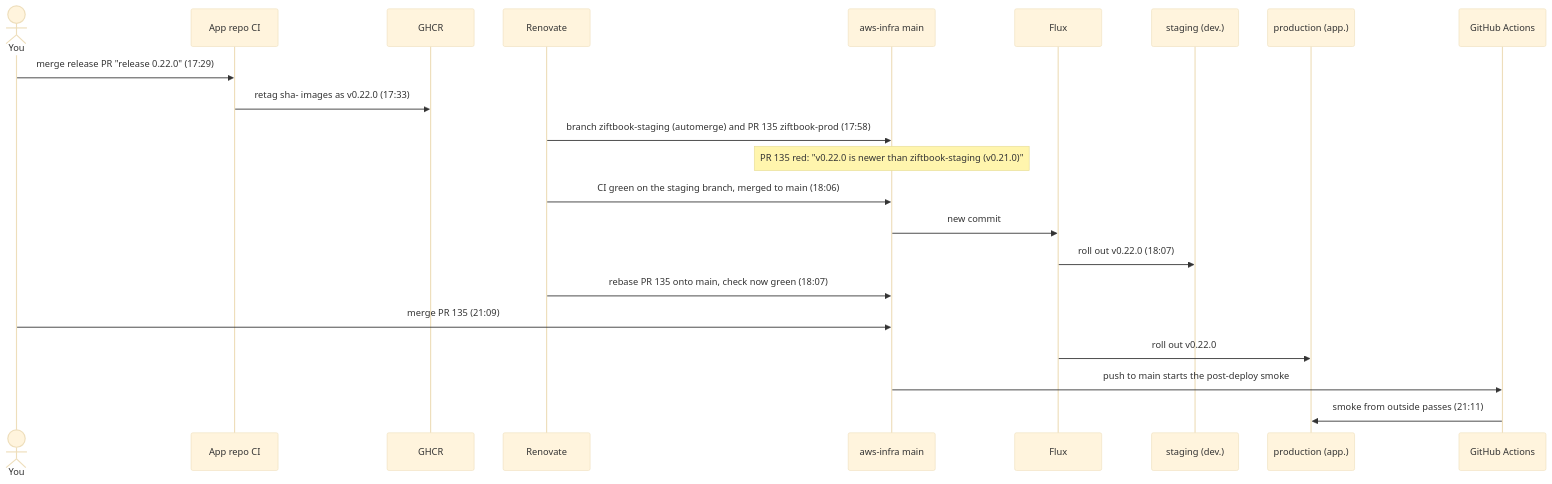
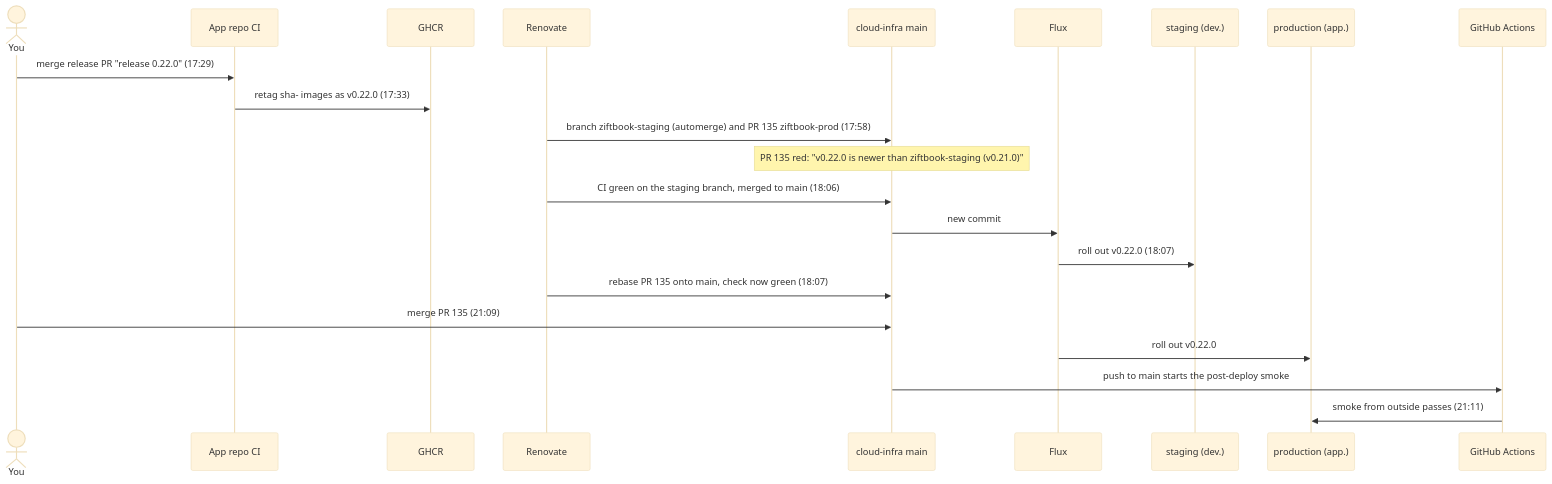
One commit to fjcloudaiconsulting/aws-infra changed the second of 2 diagrams in docs/release-flow.md. Above: the diagram before and after it, drawn with Mermaid (base theme). The commit also changed other lines of this file and 13 other files, not shown here.

First line of the commit message:
chore: point aws-infra references at cloud-infra (INFRA-168) (#171)

````diff
--- a/docs/release-flow.md
+++ b/docs/release-flow.md
@@ -65,25 +65,25 @@
 ```mermaid
 sequenceDiagram
     actor You
     participant App as App repo CI
     participant GHCR
     participant Ren as Renovate
-    participant Infra as aws-infra main
+    participant Infra as cloud-infra main
     participant Flux
     participant Stg as staging (dev.)
     participant Prod as production (app.)
     participant GHA as GitHub Actions
 
     You->>App: merge release PR "release 0.22.0" (17:29)
     App->>GHCR: retag sha- images as v0.22.0 (17:33)
     Ren->>Infra: branch ziftbook-staging (automerge) and PR 135 ziftbook-prod (17:58)
     Note over Infra: PR 135 red: "v0.22.0 is newer than ziftbook-staging (v0.21.0)"
     Ren->>Infra: CI green on the staging branch, merged to main (18:06)
     Infra->>Flux: new commit
     Flux->>Stg: roll out v0.22.0 (18:07)
     Ren->>Infra: rebase PR 135 onto main, check now green (18:07)
     You->>Infra: merge PR 135 (21:09)
     Flux->>Prod: roll out v0.22.0
     Infra->>GHA: push to main starts the post-deploy smoke
     GHA->>Prod: smoke from outside passes (21:11)
 ```
````
